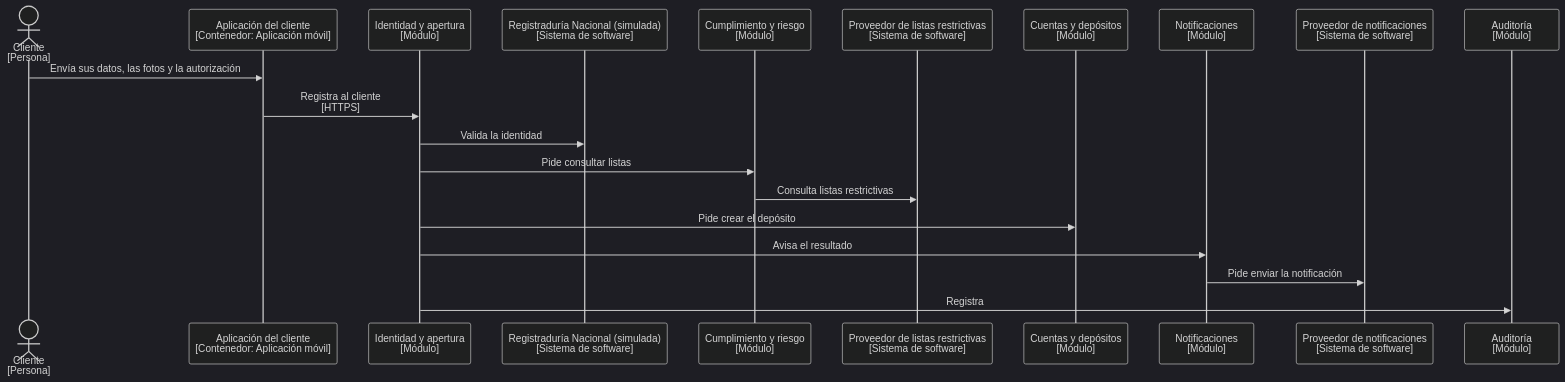
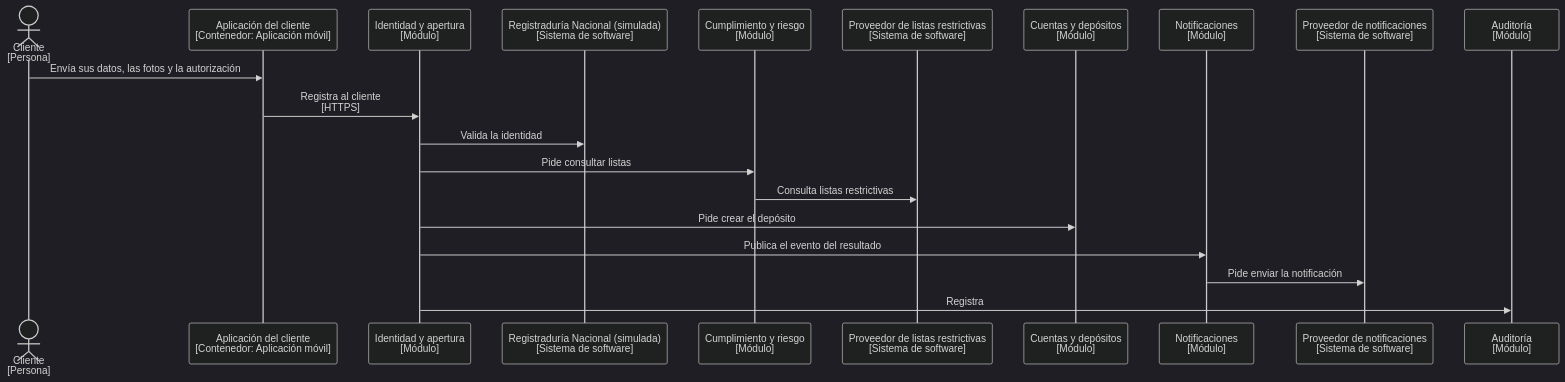
The first of 3 diagrams in docs/arquitectura-aplicacion/secuencias.md (maomauro/fintech-kuenta), drawn with Mermaid (dark theme) before and after one commit. The commit also changed other lines of this file and 26 other files, not shown here.

````diff
--- a/docs/arquitectura-aplicacion/secuencias.md
+++ b/docs/arquitectura-aplicacion/secuencias.md
@@ -14,24 +14,24 @@
 ```mermaid
 sequenceDiagram
 
   actor 1 as Cliente<br />[Persona]
   participant 16 as Aplicación del cliente<br />[Contenedor: Aplicación móvil]
   participant 20 as Identidad y apertura<br />[Módulo]
   participant 6 as Registraduría Nacional (simulada)<br />[Sistema de software]
   participant 24 as Cumplimiento y riesgo<br />[Módulo]
   participant 7 as Proveedor de listas restrictivas<br />[Sistema de software]
   participant 21 as Cuentas y depósitos<br />[Módulo]
   participant 26 as Notificaciones<br />[Módulo]
   participant 11 as Proveedor de notificaciones<br />[Sistema de software]
   participant 27 as Auditoría<br />[Módulo]
 
   1->>16: Envía sus datos, las fotos y la autorización
   16->>20: Registra al cliente<br />[HTTPS]
   20->>6: Valida la identidad
   20->>24: Pide consultar listas
   24->>7: Consulta listas restrictivas
   20->>21: Pide crear el depósito
-  20->>26: Avisa el resultado
+  20->>26: Publica el evento del resultado
   26->>11: Pide enviar la notificación
   20->>27: Registra
 ```
````
